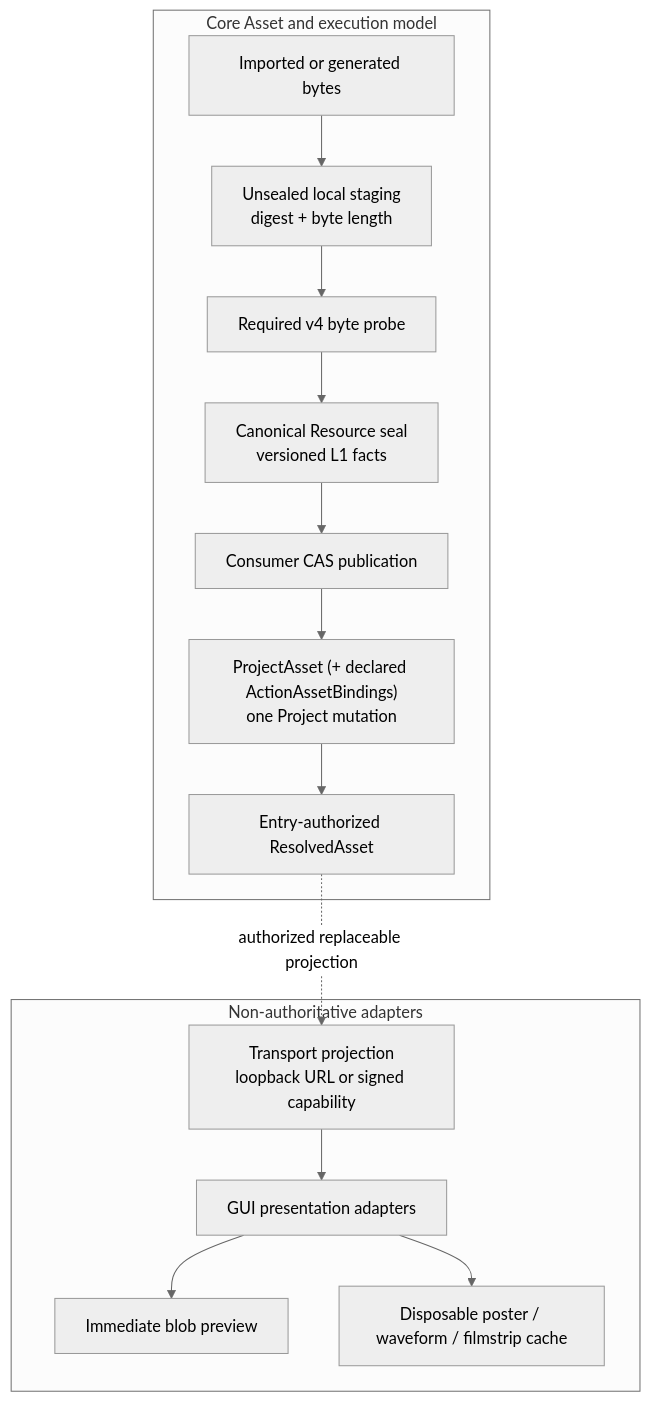
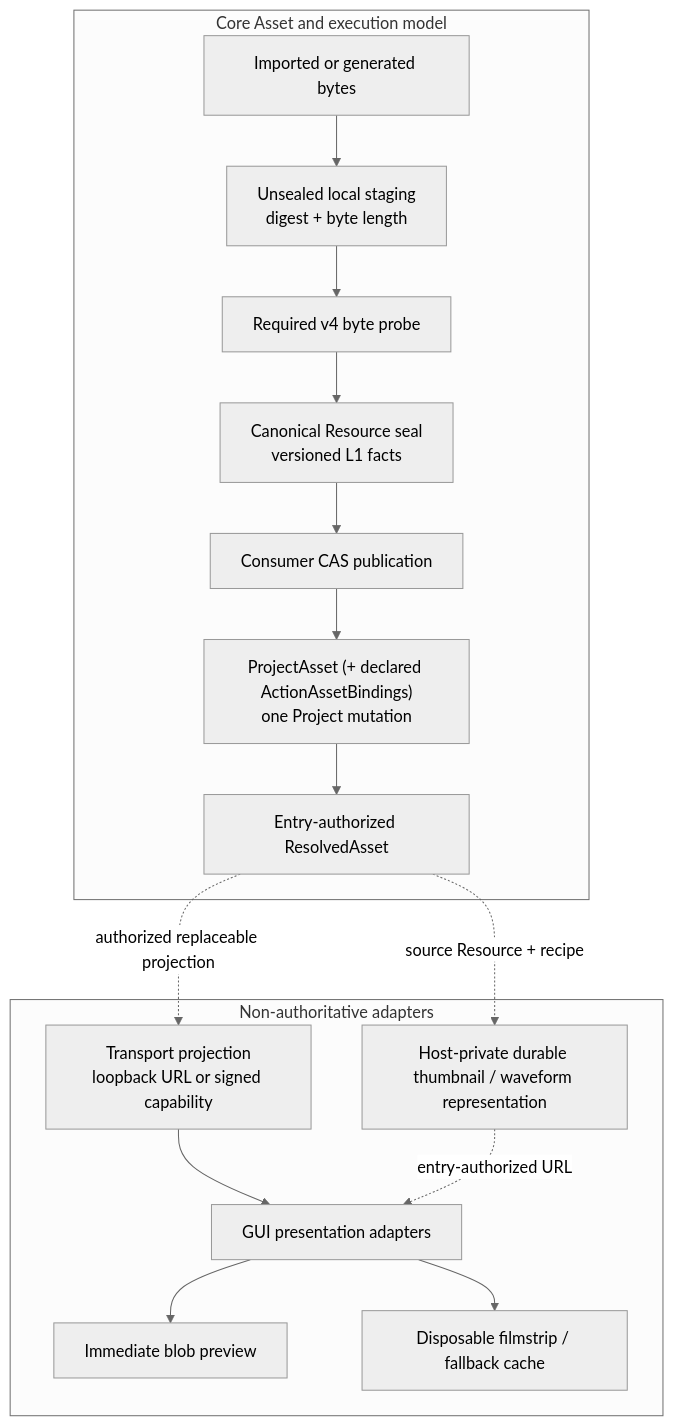
One commit to clash-space/clash changed the third of 3 diagrams in apps/docs/guide/architecture.md. Above: the diagram before and after it, drawn with Mermaid (neutral theme). The commit also changed other lines of this file and 448 other files, not shown here.

````diff
--- a/apps/docs/guide/architecture.md
+++ b/apps/docs/guide/architecture.md
@@ -239,21 +239,24 @@
 ```mermaid
 flowchart TB
   subgraph core["Core Asset and execution model"]
     bytes["Imported or generated bytes"] --> staging["Unsealed local staging\ndigest + byte length"]
     staging --> probe["Required v4 byte probe"]
     probe --> cas["Canonical Resource seal\nversioned L1 facts"]
     cas --> publish["Consumer CAS publication"]
     publish --> project["ProjectAsset (+ declared ActionAssetBindings)\none Project mutation"]
     project --> resolver["Entry-authorized ResolvedAsset"]
   end
   subgraph experience["Non-authoritative adapters"]
     transport["Transport projection\nloopback URL or signed capability"]
     gui["GUI presentation adapters"]
     blob["Immediate blob preview"]
-    deviceCache["Disposable poster / waveform / filmstrip cache"]
+    derived["Host-private durable thumbnail / waveform representation"]
+    deviceCache["Disposable filmstrip / fallback cache"]
   end
   resolver -. "authorized replaceable projection" .-> transport
   transport --> gui
   gui --> blob
+  resolver -. "source Resource + recipe" .-> derived
+  derived -. "entry-authorized URL" .-> gui
   gui --> deviceCache
 ```
````
